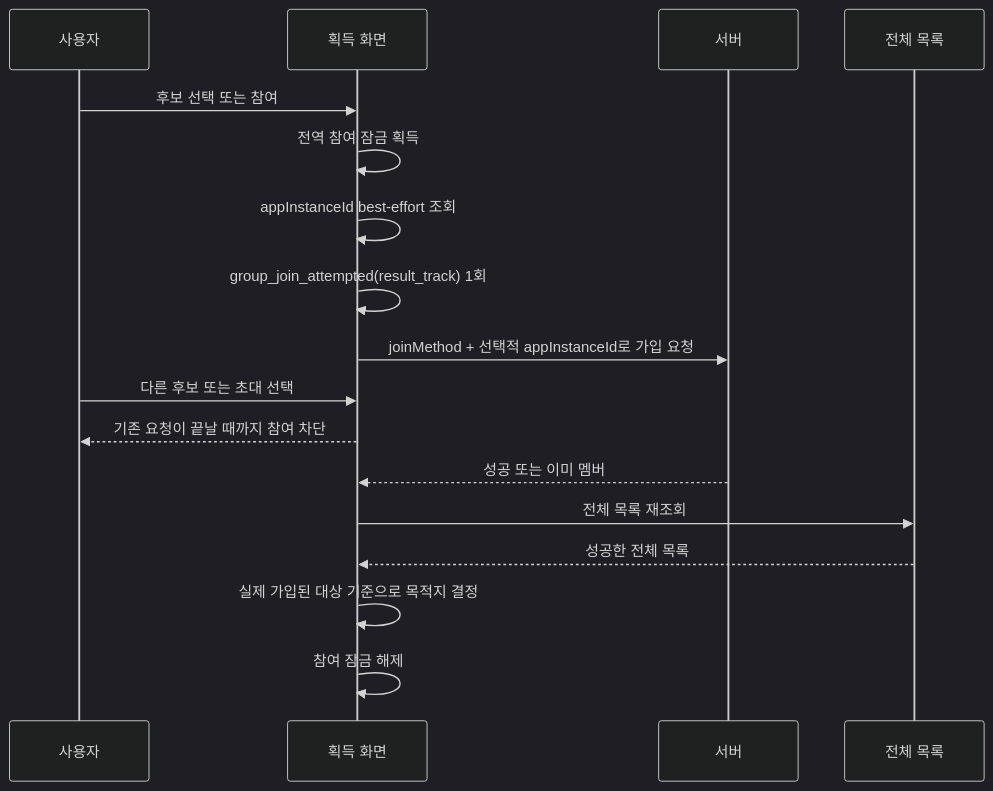
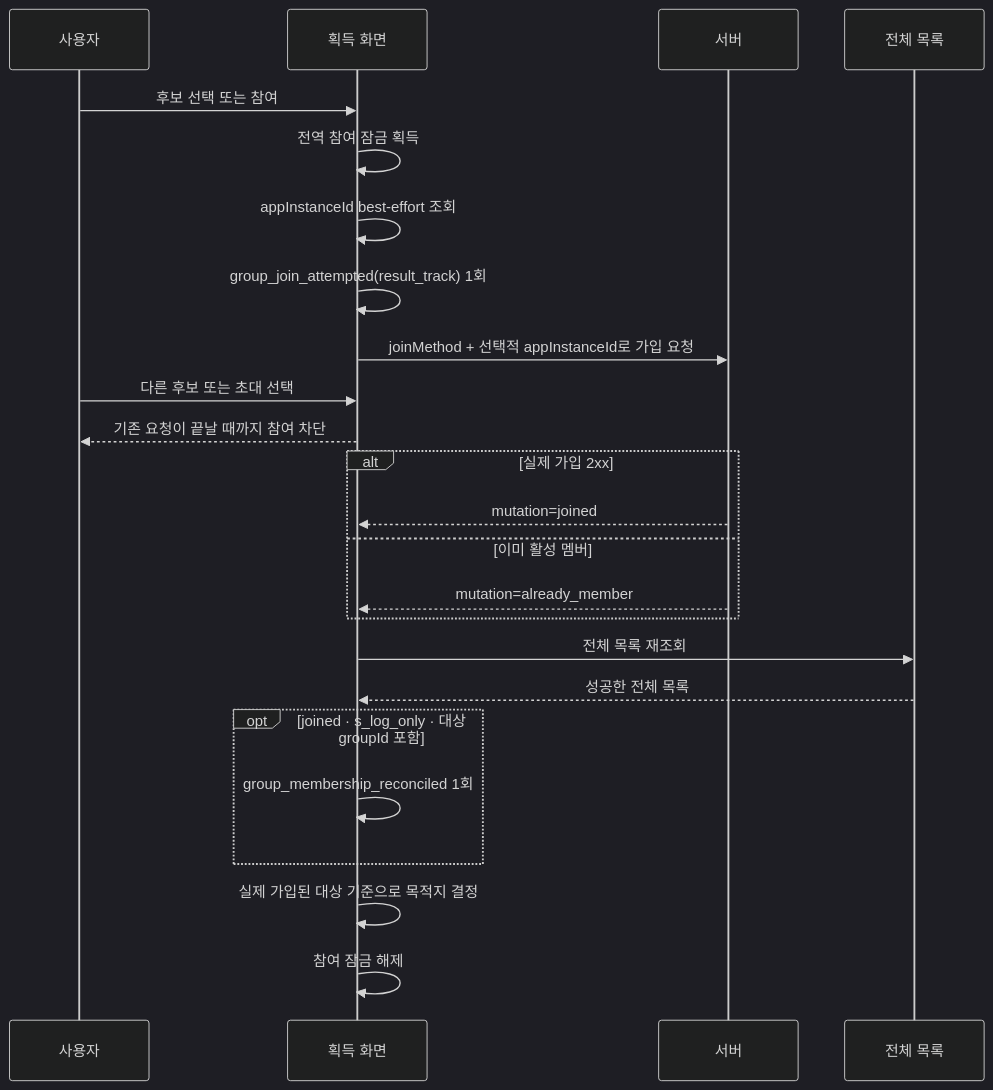
One commit to OneOrThree/phone changed the second of 3 diagrams in docs/prd/group/features/01-acquisition/low-level-design.md. Above: the diagram before and after it, drawn with Mermaid (dark theme). The commit also changed other lines of this file and 13 other files, not shown here.

````diff
--- a/docs/prd/group/features/01-acquisition/low-level-design.md
+++ b/docs/prd/group/features/01-acquisition/low-level-design.md
@@ -48,20 +48,27 @@
 ```mermaid
 sequenceDiagram
     participant U as 사용자
     participant X as 획득 화면
     participant S as 서버
     participant L as 전체 목록
 
     U->>X: 후보 선택 또는 참여
     X->>X: 전역 참여 잠금 획득
     X->>X: appInstanceId best-effort 조회
     X->>X: group_join_attempted(result_track) 1회
     X->>S: joinMethod + 선택적 appInstanceId로 가입 요청
     U->>X: 다른 후보 또는 초대 선택
     X-->>U: 기존 요청이 끝날 때까지 참여 차단
-    S-->>X: 성공 또는 이미 멤버
+    alt 실제 가입 2xx
+        S-->>X: mutation=joined
+    else 이미 활성 멤버
+        S-->>X: mutation=already_member
+    end
     X->>L: 전체 목록 재조회
     L-->>X: 성공한 전체 목록
+    opt joined · s_log_only · 대상 groupId 포함
+        X->>X: group_membership_reconciled 1회
+    end
     X->>X: 실제 가입된 대상 기준으로 목적지 결정
     X->>X: 참여 잠금 해제
 ```
````
